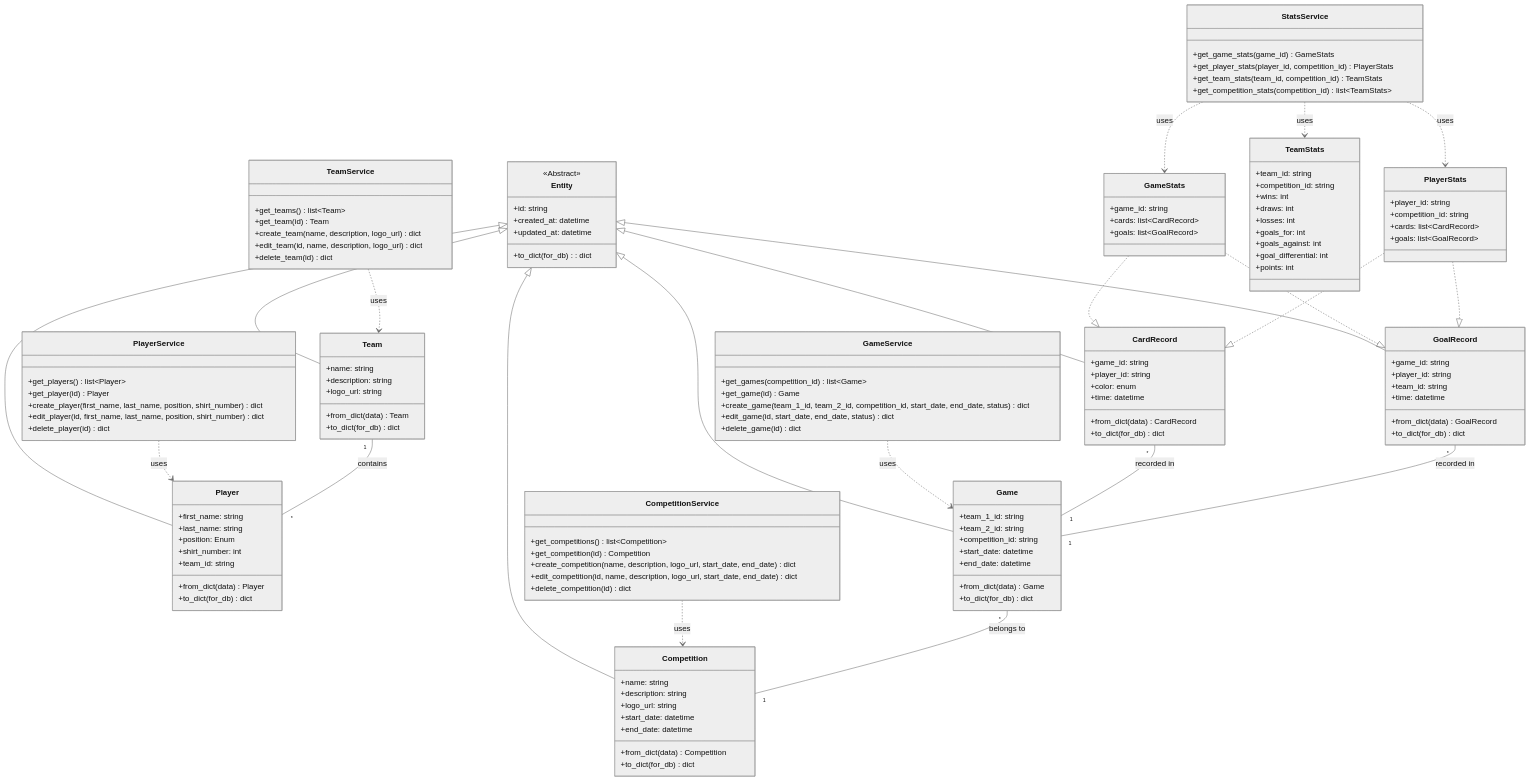
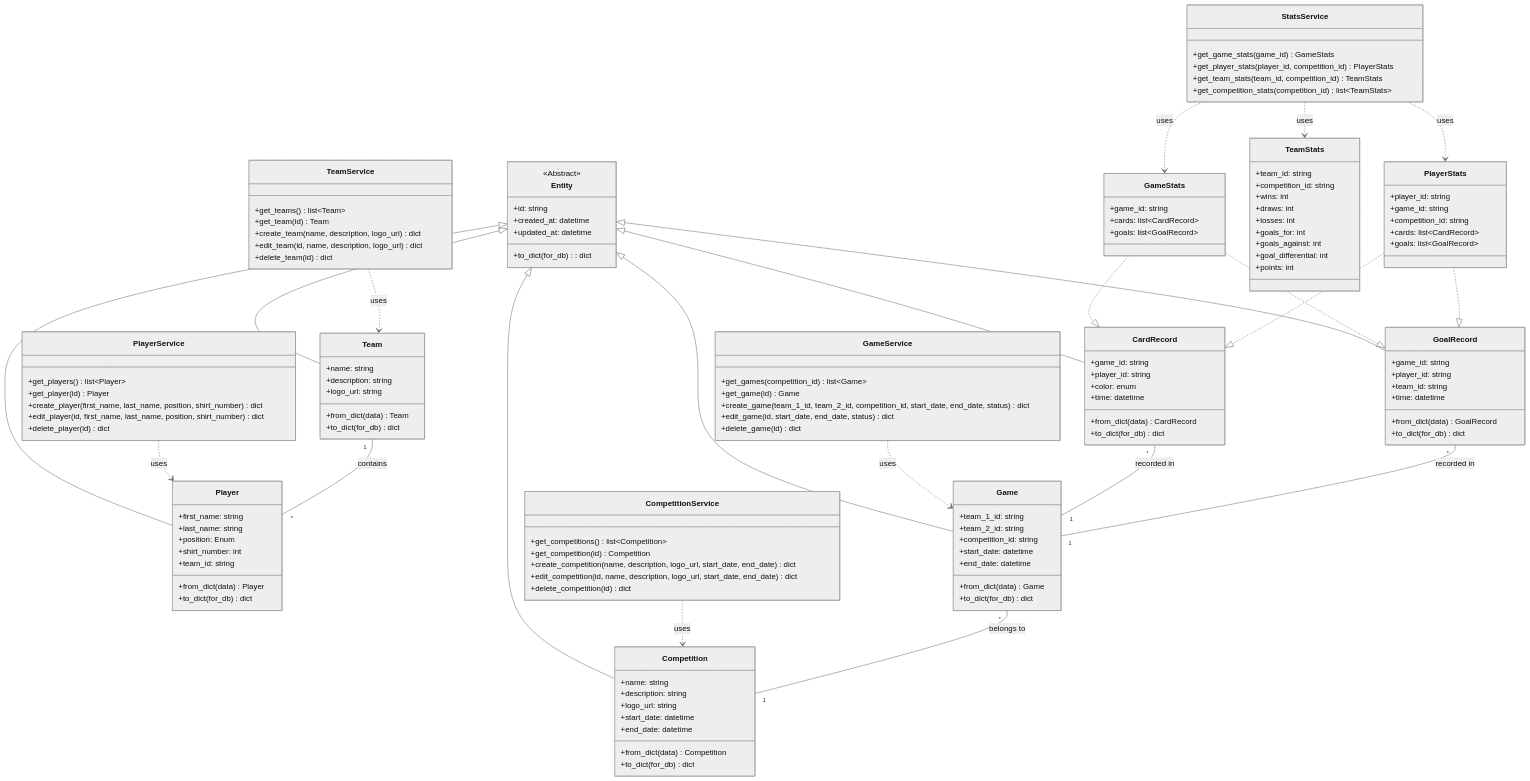
The diagram in src/student_projects/g04/docs/UML-Diagramm.md (sebastianbichler/IU_2026_EF_LE_BER_VC_Python), drawn with Mermaid (neutral theme) before and after one commit. The commit also changed 20 other files, not shown here.

```diff
--- a/src/student_projects/g04/docs/UML-Diagramm.md
+++ b/src/student_projects/g04/docs/UML-Diagramm.md
@@ -73,6 +73,7 @@
 
     class PlayerStats {
         +player_id: string
+        +game_id: string
         +competition_id: string
         +cards: list~CardRecord~
         +goals: list~GoalRecord~
```
